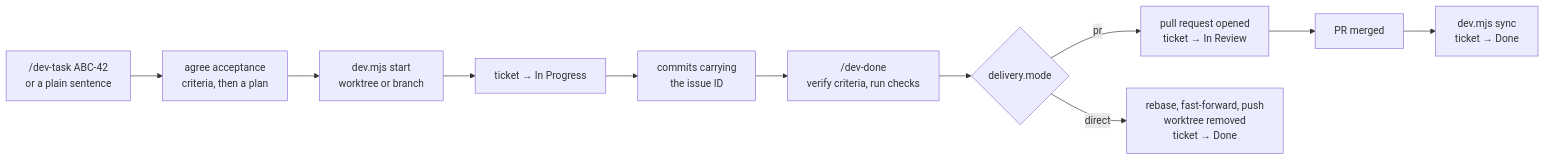
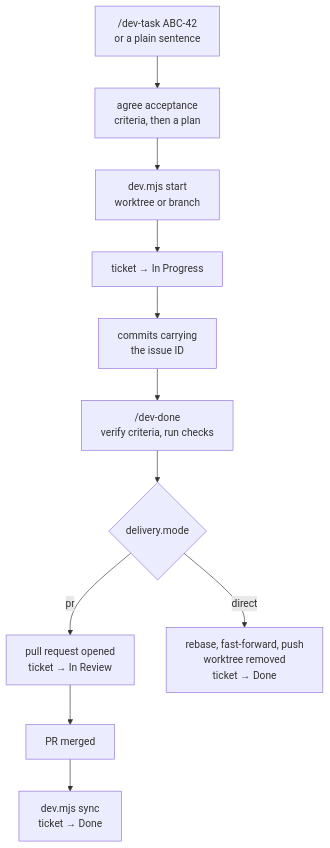
Before and after one commit to ayhid/claude-dev-workflow: the first of 2 diagrams in README.md, drawn with Mermaid. The commit also changed other lines of this file, not shown here.

Commit message:
docs(no-ticket): lay both diagrams out top-down so they fit the column
Rendered on GitHub, both LR diagrams ran wider than the README column and their
last node — 'ticket → Done' in each — sat underneath GitHub's floating zoom
controls at the right edge. Top-down fits, and the delivery.mode fork reads the
same either way.

````diff
--- a/README.md
+++ b/README.md
@@ -14,13 +14,13 @@
 ```mermaid
-flowchart LR
+flowchart TD
     A["/dev-task ABC-42<br/>or a plain sentence"] --> B["agree acceptance<br/>criteria, then a plan"]
     B --> C["dev.mjs start<br/>worktree or branch"]
     C --> D["ticket → In Progress"]
     D --> E["commits carrying<br/>the issue ID"]
     E --> F["/dev-done<br/>verify criteria, run checks"]
     F --> G{"delivery.mode"}
     G -- "pr" --> H["pull request opened<br/>ticket → In Review"]
     H --> I["PR merged"]
     I --> J["dev.mjs sync<br/>ticket → Done"]
     G -- "direct" --> K["rebase, fast-forward, push<br/>worktree removed<br/>ticket → Done"]
 ```
````
